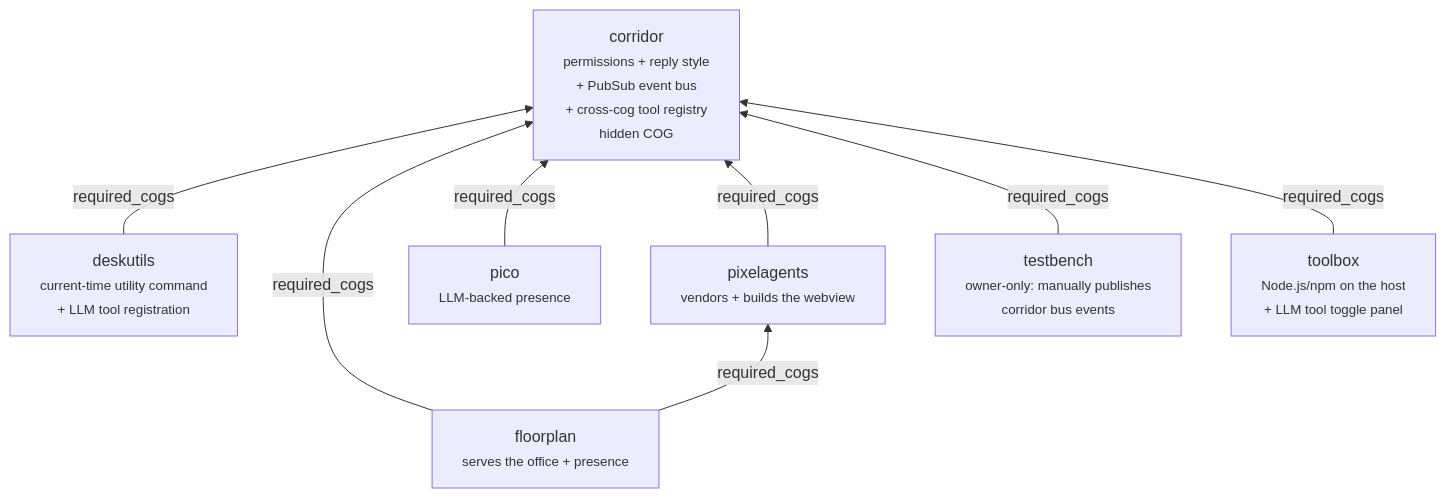
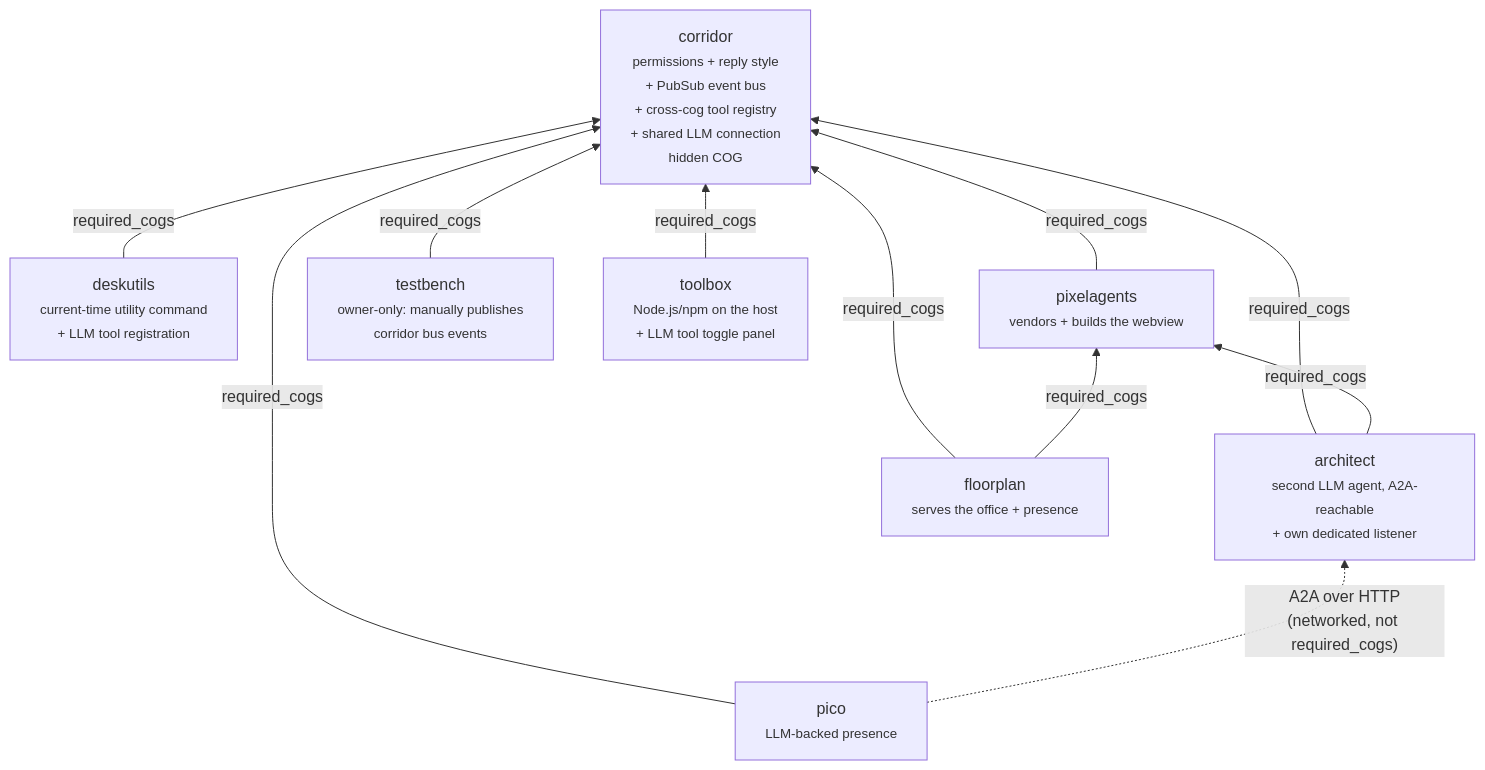
One commit to pixel-agents-hq/pixel-agents-cogs changed the first of 8 diagrams in docs/architecture.md. Above: the diagram before and after it, drawn with Mermaid. The commit also changed other lines of this file and 106 other files, not shown here.

First line of the commit message:
feat(architect): add A2A-reachable architect cog with lossless office layout editing

````diff
--- a/docs/architecture.md
+++ b/docs/architecture.md
@@ -26,18 +26,22 @@
 ```mermaid
 flowchart BT
-    corridor["corridor<br/><small>permissions + reply style<br/>+ PubSub event bus<br/>+ cross-cog tool registry</small><br/><small>hidden COG</small>"]
+    architect["architect<br/><small>second LLM agent, A2A-reachable<br/>+ own dedicated listener</small>"]
+    corridor["corridor<br/><small>permissions + reply style<br/>+ PubSub event bus<br/>+ cross-cog tool registry<br/>+ shared LLM connection</small><br/><small>hidden COG</small>"]
     deskutils["deskutils<br/><small>current-time utility command<br/>+ LLM tool registration</small>"]
     floorplan["floorplan<br/><small>serves the office + presence</small>"]
     pico["pico<br/><small>LLM-backed presence</small>"]
     pixelagents["pixelagents<br/><small>vendors + builds the webview</small>"]
     testbench["testbench<br/><small>owner-only: manually publishes<br/>corridor bus events</small>"]
     toolbox["toolbox<br/><small>Node.js/npm on the host<br/>+ LLM tool toggle panel</small>"]
 
+    architect -->|required_cogs| corridor
     deskutils -->|required_cogs| corridor
     floorplan -->|required_cogs| corridor
     pico -->|required_cogs| corridor
     pixelagents -->|required_cogs| corridor
     testbench -->|required_cogs| corridor
     toolbox -->|required_cogs| corridor
     floorplan -->|required_cogs| pixelagents
+    architect -->|required_cogs| pixelagents
+    pico -.->|"A2A over HTTP<br/>(networked, not required_cogs)"| architect
 ```
````
